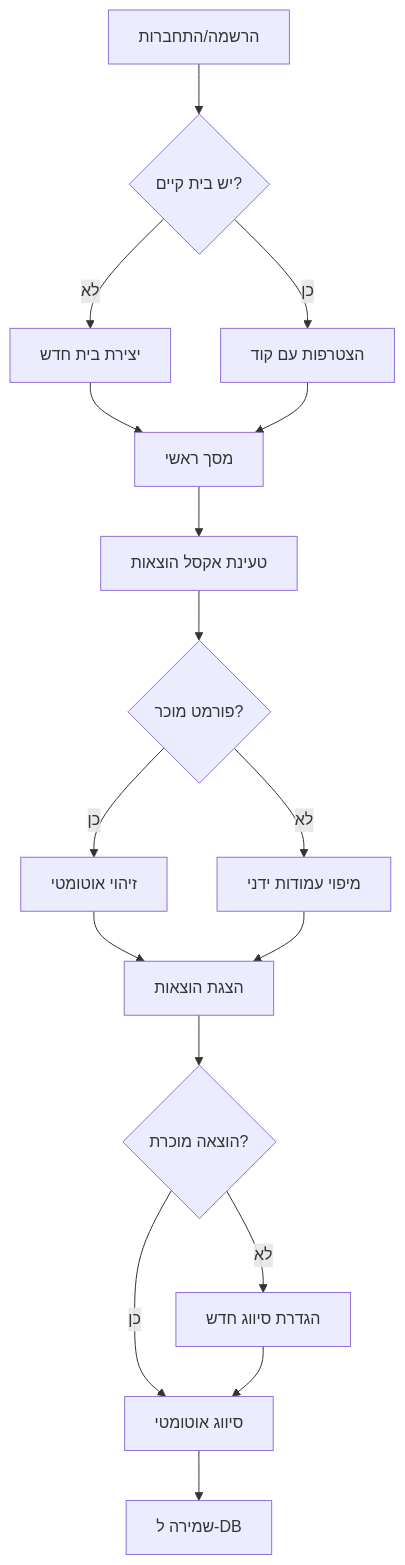
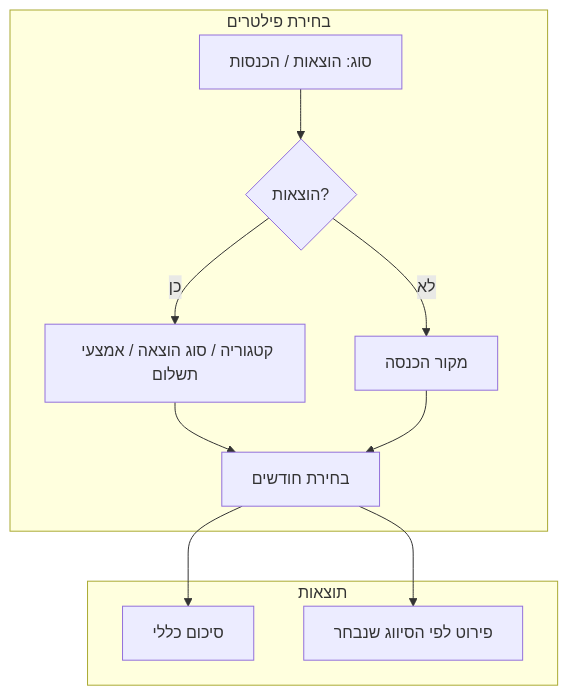
One commit to orkoren2006/home-expense-tracker-pro changed the diagram in PLAN.md. Above: the diagram before and after it, drawn with Mermaid. The commit also changed other lines of this file and 5 other files, not shown here.

````diff
--- a/PLAN.md
+++ b/PLAN.md
@@ -51,19 +33,15 @@
 ```mermaid
-flowchart TD
-    A[הרשמה/התחברות] --> B{יש בית קיים?}
-    B -->|לא| C[יצירת בית חדש]
-    B -->|כן| D[הצטרפות עם קוד]
-    C --> E[מסך ראשי]
-    D --> E
-    E --> F[טעינת אקסל הוצאות]
-    F --> G{פורמט מוכר?}
-    G -->|כן| H[זיהוי אוטומטי]
-    G -->|לא| I[מיפוי עמודות ידני]
-    H --> J[הצגת הוצאות]
-    I --> J
-    J --> K{הוצאה מוכרת?}
-    K -->|כן| L[סיווג אוטומטי]
-    K -->|לא| M[הגדרת סיווג חדש]
-    M --> L
-    L --> N[שמירה ל-DB]
+flowchart TB
+    subgraph filters [בחירת פילטרים]
+        A[סוג: הוצאות / הכנסות] --> B{הוצאות?}
+        B -->|כן| C[קטגוריה / סוג הוצאה / אמצעי תשלום]
+        B -->|לא| D[מקור הכנסה]
+        C --> E[בחירת חודשים]
+        D --> E
+    end
+    
+    subgraph results [תוצאות]
+        E --> F[סיכום כללי]
+        E --> G[פירוט לפי הסיווג שנבחר]
+    end
 ```
````
